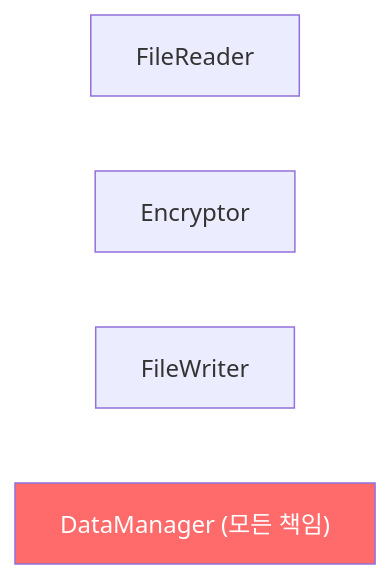
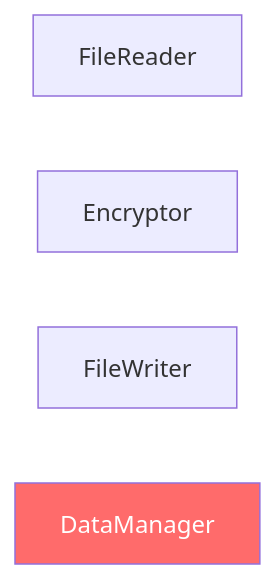
One commit to yjkim2015/yjkim2015.github.io changed the fourth of 8 diagrams in _posts/java/2021-10-09-java-objects1.md. Above: the diagram before and after it, drawn with Mermaid. The commit also changed 245 other files, not shown here.

First line of the commit message:
Mermaid 다이어그램 전면 수정 + 면접 포인트 접기/펼치기 + DB 데드락 페이지

````diff
--- a/_posts/java/2021-10-09-java-objects1.md
+++ b/_posts/java/2021-10-09-java-objects1.md
@@ -120,6 +120,6 @@
 ```mermaid
 graph LR
     A1["FileReader"] & A2["Encryptor"] & A3["FileWriter"]
-    B1["DataManager (모든 책임)"]
+    B1["DataManager"]
     style B1 fill:#ff6b6b,color:#fff
 ```
````
